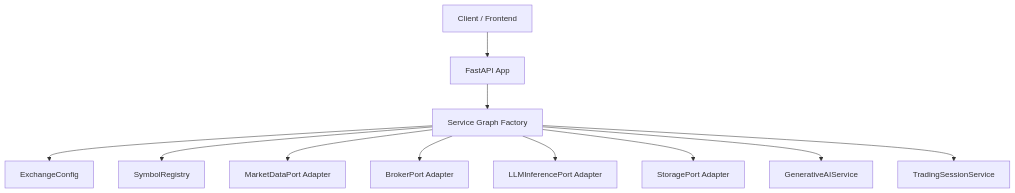
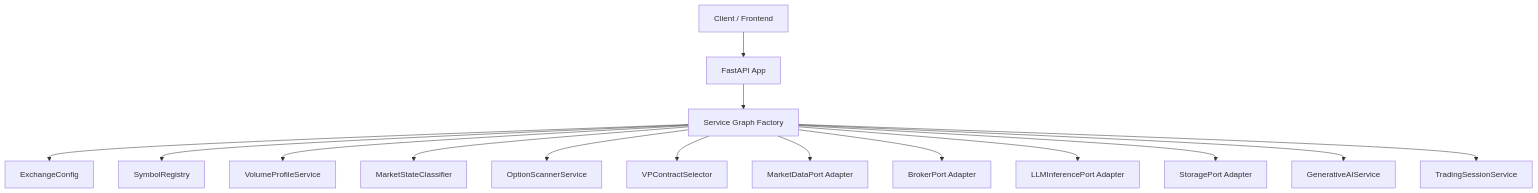
Before and after one commit to gemrajkhatry-maker/v5-of-glassytrade-ai: the second of 9 diagrams in .qoder/repowiki/en/content/Backend Application/Service Architecture.md, drawn with Mermaid. The commit also changed other lines of this file and 930 other files, not shown here.

````diff
--- a/.qoder/repowiki/en/content/Backend Application/Service Architecture.md
+++ b/.qoder/repowiki/en/content/Backend Application/Service Architecture.md
@@ -140,24 +177,32 @@
 ```mermaid
 graph TB
 CLIENT["Client / Frontend"]
 API["FastAPI App"]
 DEPS["Service Graph Factory"]
 EXCFG["ExchangeConfig"]
 SYMBOLREG["SymbolRegistry"]
+VPS["VolumeProfileService"]
+MSC["MarketStateClassifier"]
+OS["OptionScannerService"]
+VPSEL["VPContractSelector"]
 MD["MarketDataPort Adapter"]
 BROKER["BrokerPort Adapter"]
 LLM["LLMInferencePort Adapter"]
 STORAGE["StoragePort Adapter"]
 GENAI["GenerativeAIService"]
 SESSION["TradingSessionService"]
 CLIENT --> API
 API --> DEPS
 DEPS --> EXCFG
 DEPS --> SYMBOLREG
+DEPS --> VPS
+DEPS --> MSC
+DEPS --> OS
+DEPS --> VPSEL
 DEPS --> MD
 DEPS --> BROKER
 DEPS --> LLM
 DEPS --> STORAGE
 DEPS --> GENAI
 DEPS --> SESSION
 ```
````
